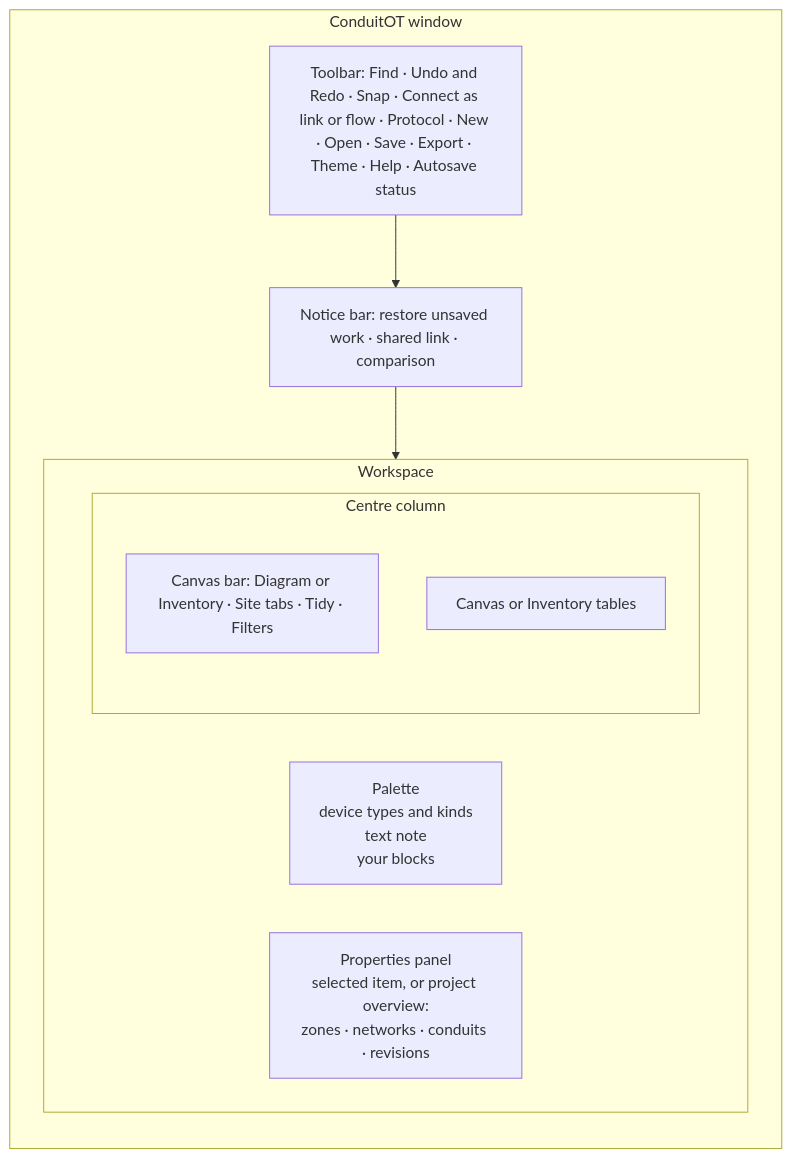
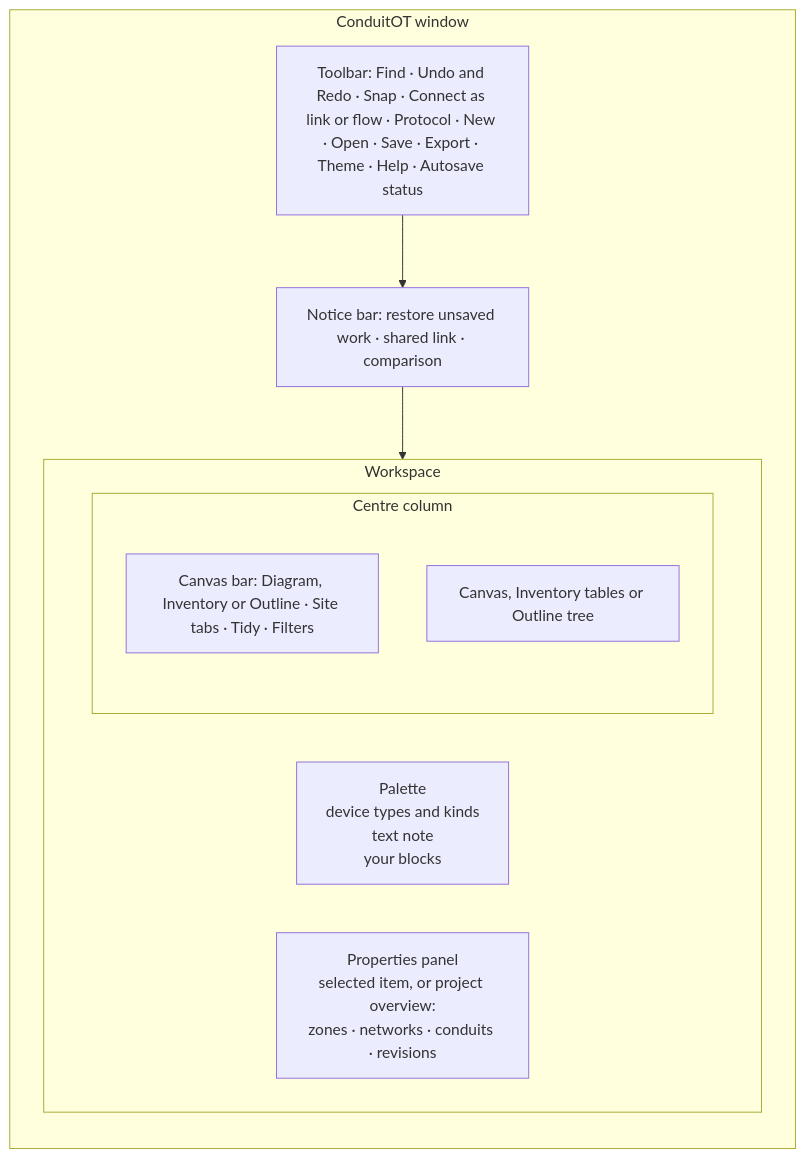
Before and after one commit to vijaykumargowdakk/ReSecArc: the fifth of 32 diagrams in README.md, drawn with Mermaid. The commit also changed other lines of this file and 3 other files, not shown here.

````diff
--- a/README.md
+++ b/README.md
@@ -186,19 +186,19 @@
 ```mermaid
 flowchart TB
     subgraph Screen["ConduitOT window"]
         direction TB
         T["Toolbar: Find · Undo and Redo · Snap · Connect as link or flow · Protocol · New · Open · Save · Export · Theme · Help · Autosave status"]
         N["Notice bar: restore unsaved work · shared link · comparison"]
         subgraph Work["Workspace"]
             direction LR
             P["Palette<br/>device types and kinds<br/>text note<br/>your blocks"]
             subgraph Mid["Centre column"]
                 direction TB
-                B["Canvas bar: Diagram or Inventory · Site tabs · Tidy · Filters"]
-                C["Canvas or Inventory tables"]
+                B["Canvas bar: Diagram, Inventory or Outline · Site tabs · Tidy · Filters"]
+                C["Canvas, Inventory tables or Outline tree"]
             end
             I["Properties panel<br/>selected item, or project overview:<br/>zones · networks · conduits · revisions"]
         end
         T --> N --> Work
     end
 ```
````
